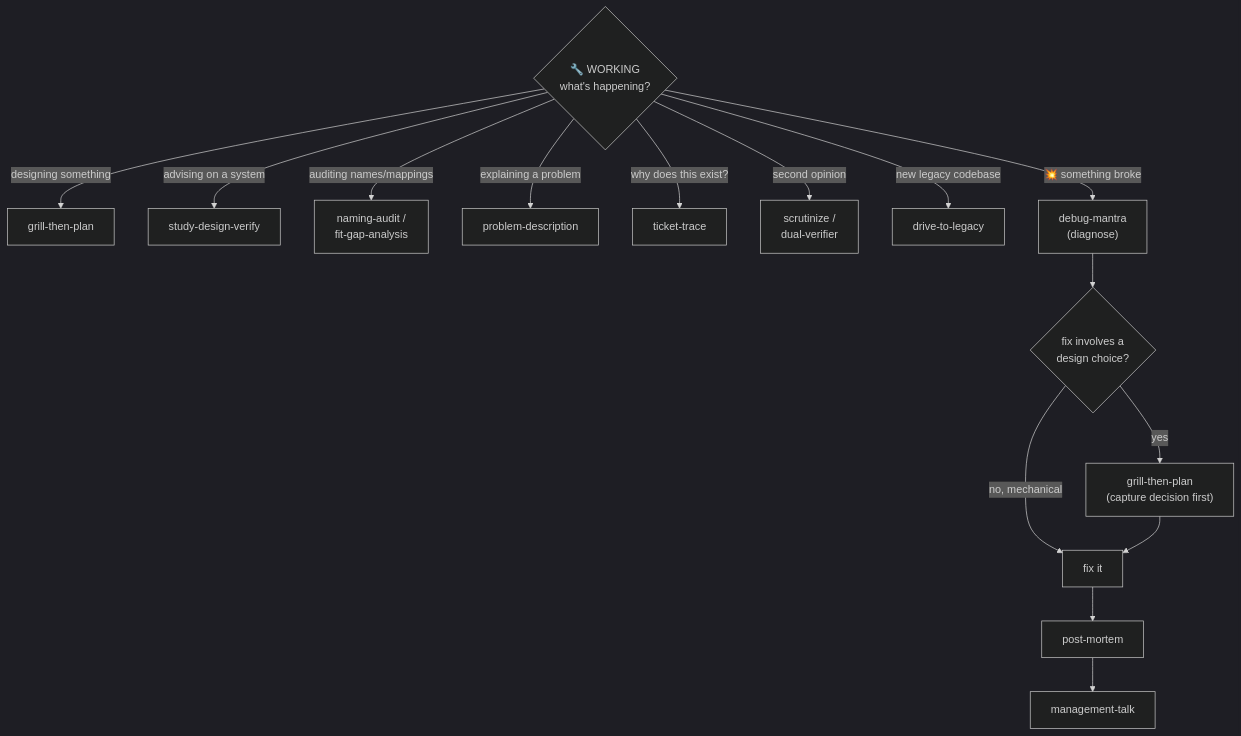
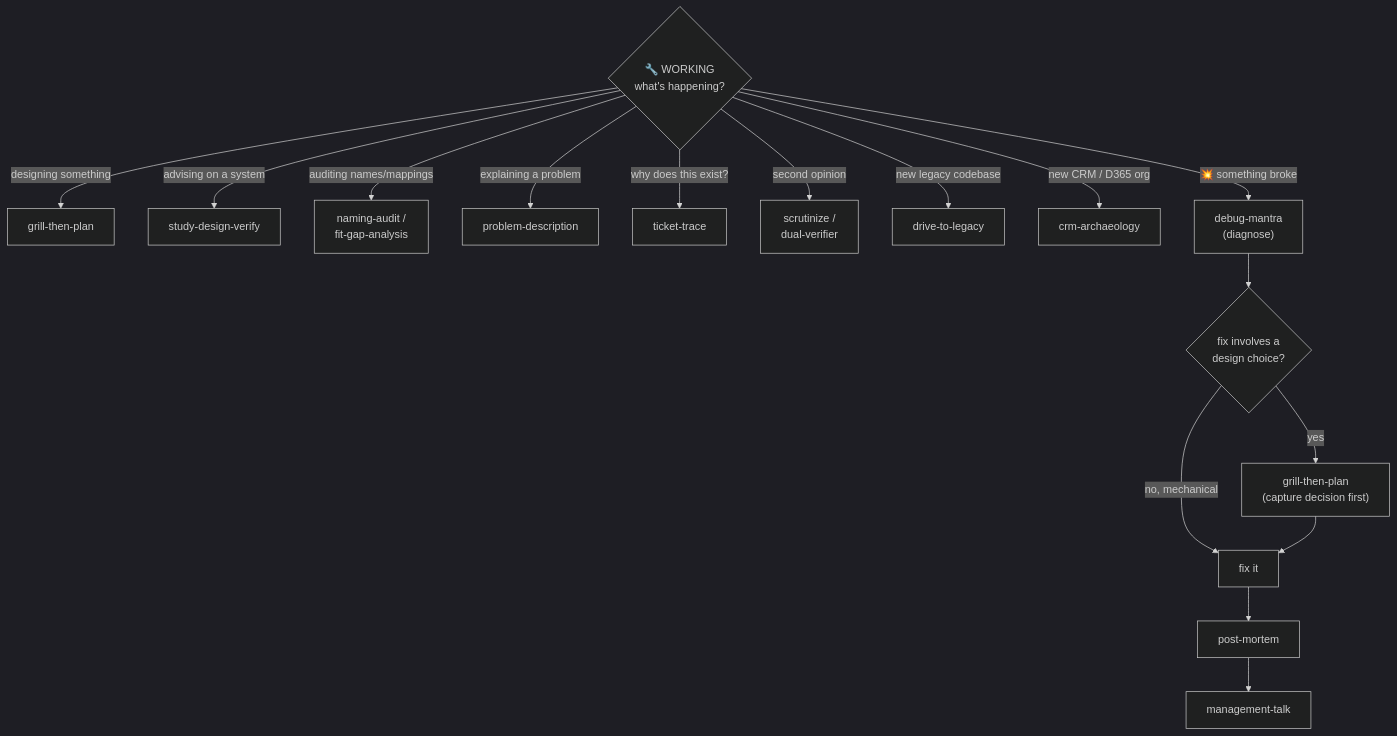
One commit to ThodsaphonSonthiphin/workflow-daily-work changed the second of 2 diagrams in PLAYBOOK.md. Above: the diagram before and after it, drawn with Mermaid (dark theme). The commit also changed other lines of this file and 8 other files, not shown here.

First line of the commit message:
feat(dev-workflows): add crm-archaeology skill (D365 org study -> ARCHITECTURE.md, v0.10.0)

````diff
--- a/PLAYBOOK.md
+++ b/PLAYBOOK.md
@@ -42,20 +42,21 @@
 ```mermaid
 flowchart TD
     WORK{"🔧 WORKING<br/>what's happening?"}
 
     WORK -- designing something --> GTP["grill-then-plan"]
     WORK -- advising on a system --> SDV["study-design-verify"]
     WORK -- auditing names/mappings --> NA["naming-audit /<br/>fit-gap-analysis"]
     WORK -- explaining a problem --> PD["problem-description"]
     WORK -- why does this exist? --> TT["ticket-trace"]
     WORK -- second opinion --> SC["scrutinize /<br/>dual-verifier"]
     WORK -- new legacy codebase --> DTL["drive-to-legacy"]
+    WORK -- new CRM / D365 org --> CA["crm-archaeology"]
 
     WORK -- 💥 something broke --> DM["debug-mantra<br/>(diagnose)"]
     DM --> Q{"fix involves a<br/>design choice?"}
     Q -- no, mechanical --> FIX["fix it"]
     Q -- yes --> GTP2["grill-then-plan<br/>(capture decision first)"]
     GTP2 --> FIX
     FIX --> PM["post-mortem"]
     PM --> MT["management-talk"]
 ```
````
